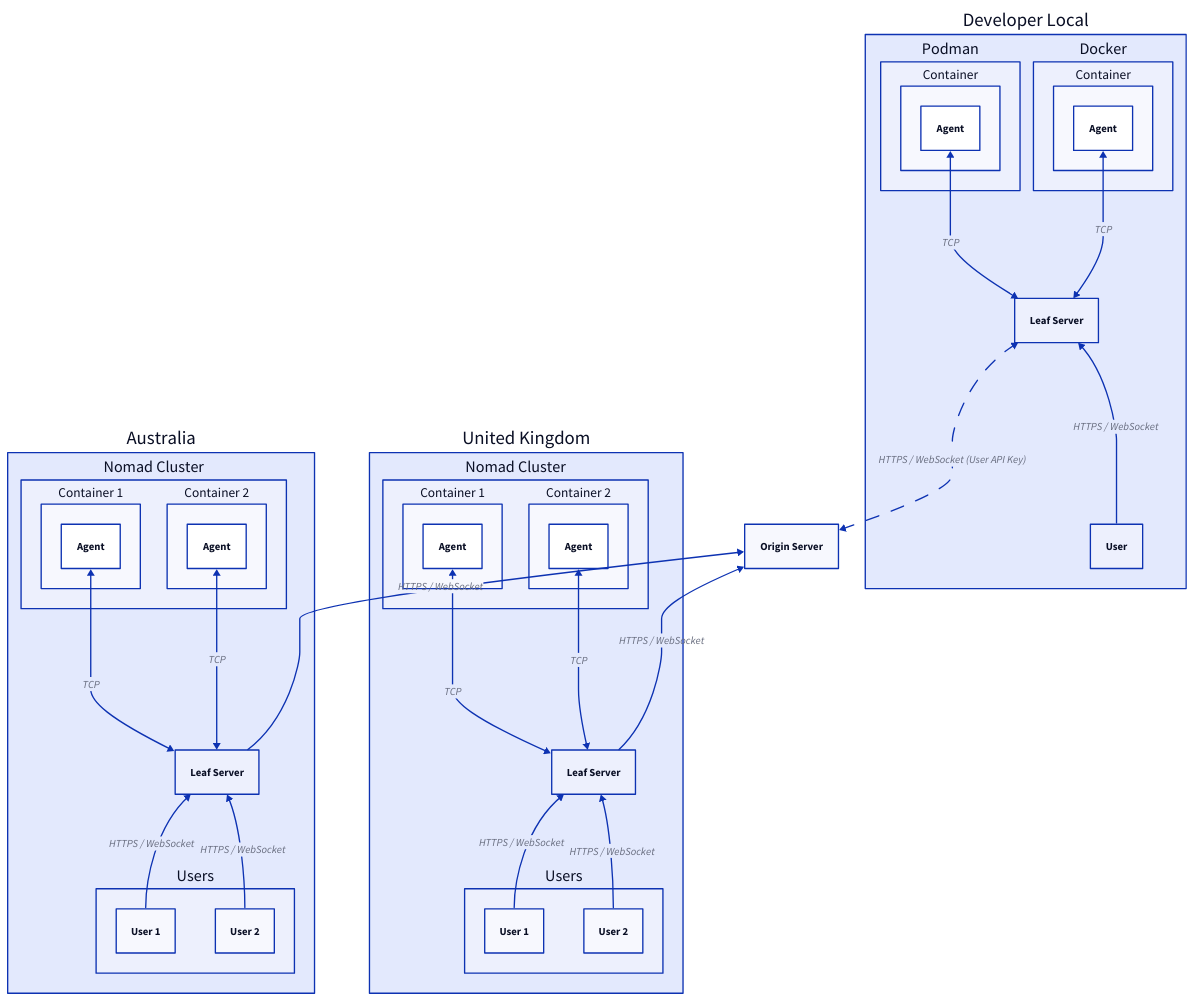
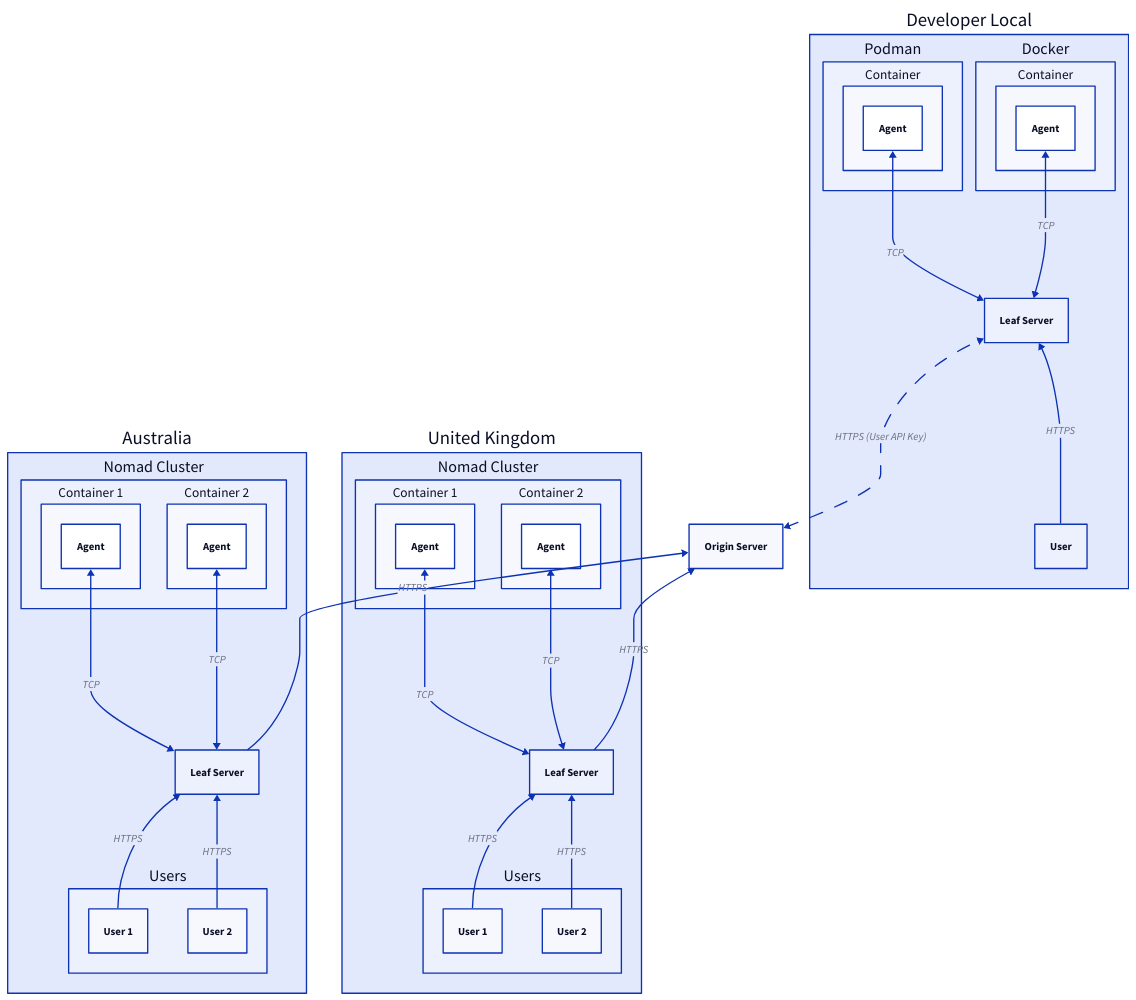
Before and after one commit to paularlott/knot-website: the diagram in asset-src/safe.architecture.d2, drawn with D2. The commit also changed 3 other files, not shown here.

```diff
--- a/asset-src/safe.architecture.d2
+++ b/asset-src/safe.architecture.d2
@@ -1,79 +1,79 @@
 direction: up
 
 Origin Server {
 
 }
 
-Origin Server <- Australia.Leaf Server: HTTPS / WebSocket
-Origin Server <- United Kingdom.Leaf Server: HTTPS / WebSocket
-Origin Server <-> Developer Local.Leaf Server: HTTPS / WebSocket (User API Key) {
+Origin Server <- Australia.Leaf Server: HTTPS
+Origin Server <- United Kingdom.Leaf Server: HTTPS
+Origin Server <-> Developer Local.Leaf Server: HTTPS (User API Key) {
   style: {
     stroke-dash: 10
     animated: true
   }
 }
 
 
 Developer Local {
   Leaf Server
   Podman {
     Container {
       Agent
     }
   }
   Docker {
     Container {
       Agent
     }
   }
   User
 
-  User -> Leaf Server: HTTPS / WebSocket
+  User -> Leaf Server: HTTPS
 
   Leaf Server <-> Podman.Container.Agent: TCP
   Leaf Server <-> Docker.Container.Agent: TCP
 }
 
 Australia {
 	Leaf Server
 	Nomad Cluster {
 		Container 1 {
 			Agent
 		}
 		Container 2 {
 			Agent
 		}
 	}
 	Users {
 		User 1
 		User 2
 	}
 
   Leaf Server <-> Nomad Cluster.Container 1.Agent: TCP
   Leaf Server <-> Nomad Cluster.Container 2.Agent: TCP
 
-  Users.User 1 -> Leaf Server: HTTPS / WebSocket
-  Users.User 2 -> Leaf Server: HTTPS / WebSocket
+  Users.User 1 -> Leaf Server: HTTPS
+  Users.User 2 -> Leaf Server: HTTPS
 }
 
 United Kingdom {
 	Leaf Server
 	Nomad Cluster {
 		Container 1 {
 			Agent
 		}
 		Container 2 {
 			Agent
 		}
 	}
 	Users {
 		User 1
 		User 2
 	}
 
   Leaf Server <-> Nomad Cluster.Container 1.Agent: TCP
   Leaf Server <-> Nomad Cluster.Container 2.Agent: TCP
 
-  Users.User 1 -> Leaf Server: HTTPS / WebSocket
-  Users.User 2 -> Leaf Server: HTTPS / WebSocket
+  Users.User 1 -> Leaf Server: HTTPS
+  Users.User 2 -> Leaf Server: HTTPS
 }
```
